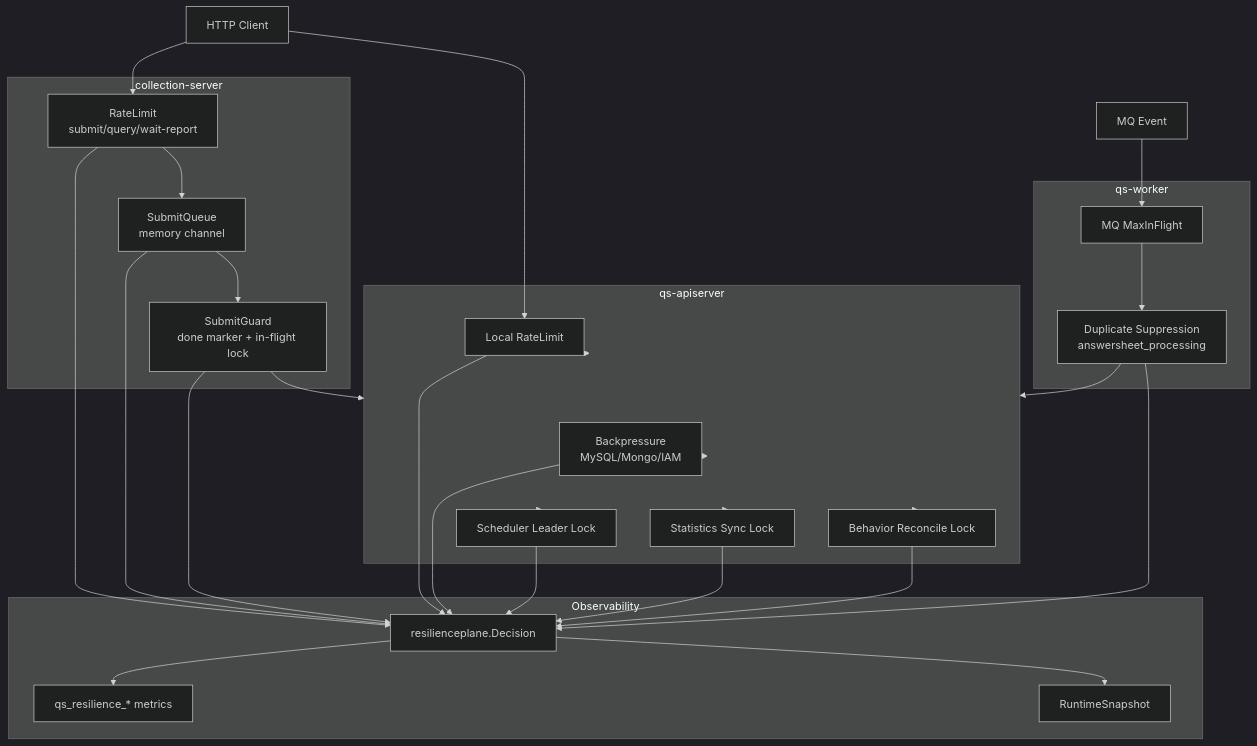
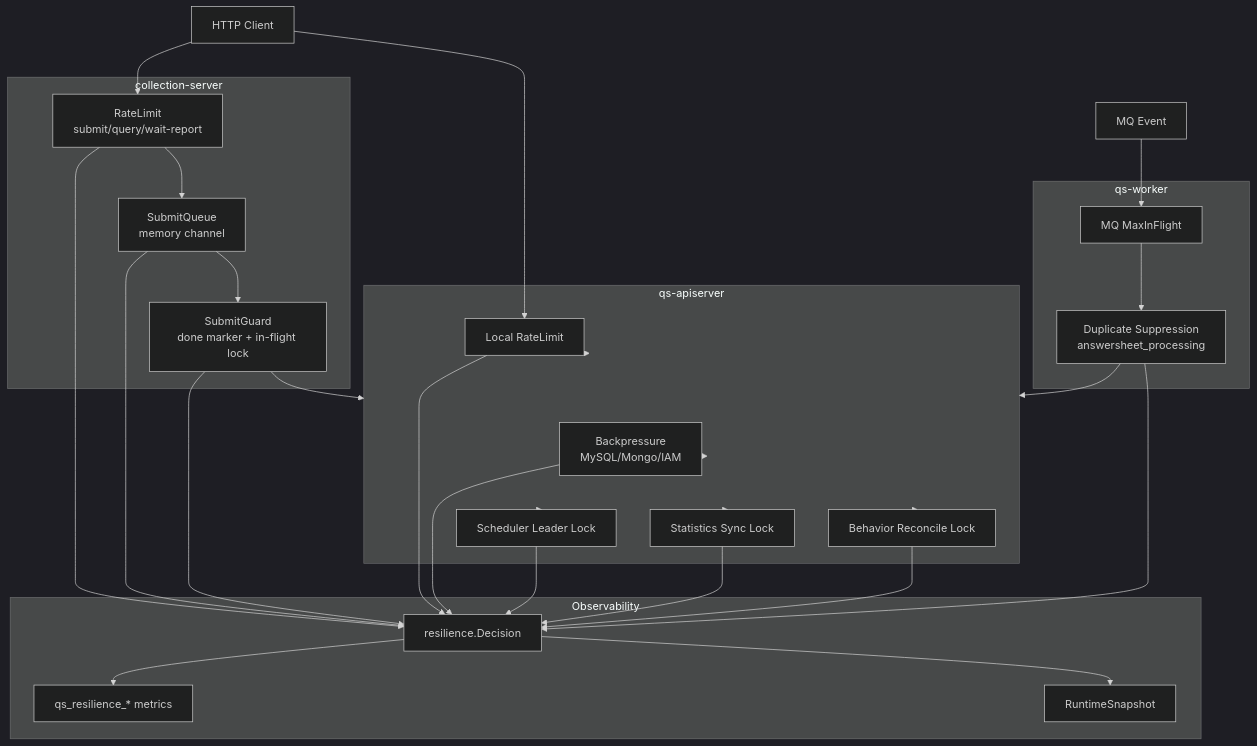
One commit to FangcunMount/qs-server changed the diagram in docs/_archive/2026-07-06-infra-component-plane/resilience/README.md. Above: the diagram before and after it, drawn with Mermaid (dark theme). The commit also changed other lines of this file and 190 other files, not shown here.

````diff
--- a/docs/_archive/2026-07-06-infra-component-plane/resilience/README.md
+++ b/docs/_archive/2026-07-06-infra-component-plane/resilience/README.md
@@ -179,50 +179,50 @@
 ```mermaid
 flowchart TB
     client["HTTP Client"]
     mq["MQ Event"]
 
     subgraph Collection["collection-server"]
         cRate["RateLimit<br/>submit/query/wait-report"]
         queue["SubmitQueue<br/>memory channel"]
         guard["SubmitGuard<br/>done marker + in-flight lock"]
     end
 
     subgraph API["qs-apiserver"]
         aRate["Local RateLimit"]
         bp["Backpressure<br/>MySQL/Mongo/IAM"]
         leader["Scheduler Leader Lock"]
         sync["Statistics Sync Lock"]
         reconcile["Behavior Reconcile Lock"]
     end
 
     subgraph Worker["qs-worker"]
         max["MQ MaxInFlight"]
         dup["Duplicate Suppression<br/>answersheet_processing"]
     end
 
     subgraph Obs["Observability"]
-        outcome["resilienceplane.Decision"]
+        outcome["resilience.Decision"]
         metrics["qs_resilience_* metrics"]
         status["RuntimeSnapshot"]
     end
 
     client --> cRate --> queue --> guard --> API
     client --> aRate --> API
     API --> bp
     API --> leader
     API --> sync
     API --> reconcile
     mq --> max --> dup --> API
 
     cRate --> outcome
     queue --> outcome
     guard --> outcome
     aRate --> outcome
     bp --> outcome
     leader --> outcome
     sync --> outcome
     reconcile --> outcome
     dup --> outcome
     outcome --> metrics
     outcome --> status
 ```
````
